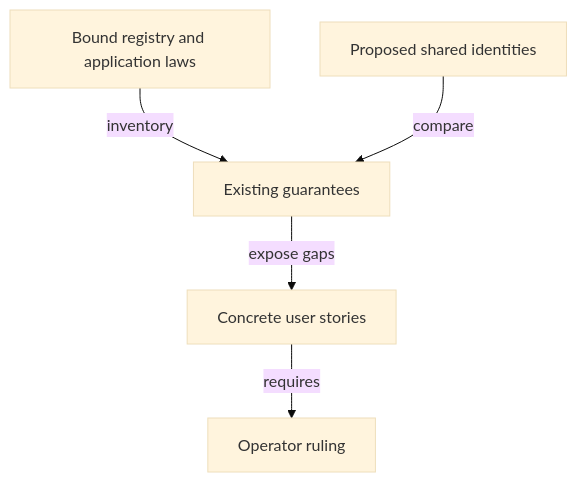
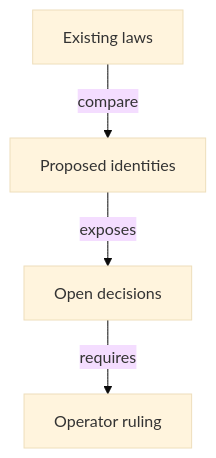
The diagram in specs/741-no-pin-model/impact.md (lambdasistemi/singular), drawn with Mermaid (base theme) before and after one commit. The commit also changed 3 other files, not shown here.

Commit message:
docs: fit investigation diagrams to phone screens

````diff
--- a/specs/741-no-pin-model/impact.md
+++ b/specs/741-no-pin-model/impact.md
@@ -116,7 +116,6 @@
 ```mermaid
 flowchart TD
-  Source[Bound registry and application laws] -->|inventory| Obligation[Existing guarantees]
-  Proposal[Proposed shared identities] -->|compare| Obligation
-  Obligation -->|expose gaps| Question[Concrete user stories]
+  Source[Existing laws] -->|compare| Proposal[Proposed identities]
+  Proposal -->|exposes| Question[Open decisions]
   Question -->|requires| Decision[Operator ruling]
 ```
````
